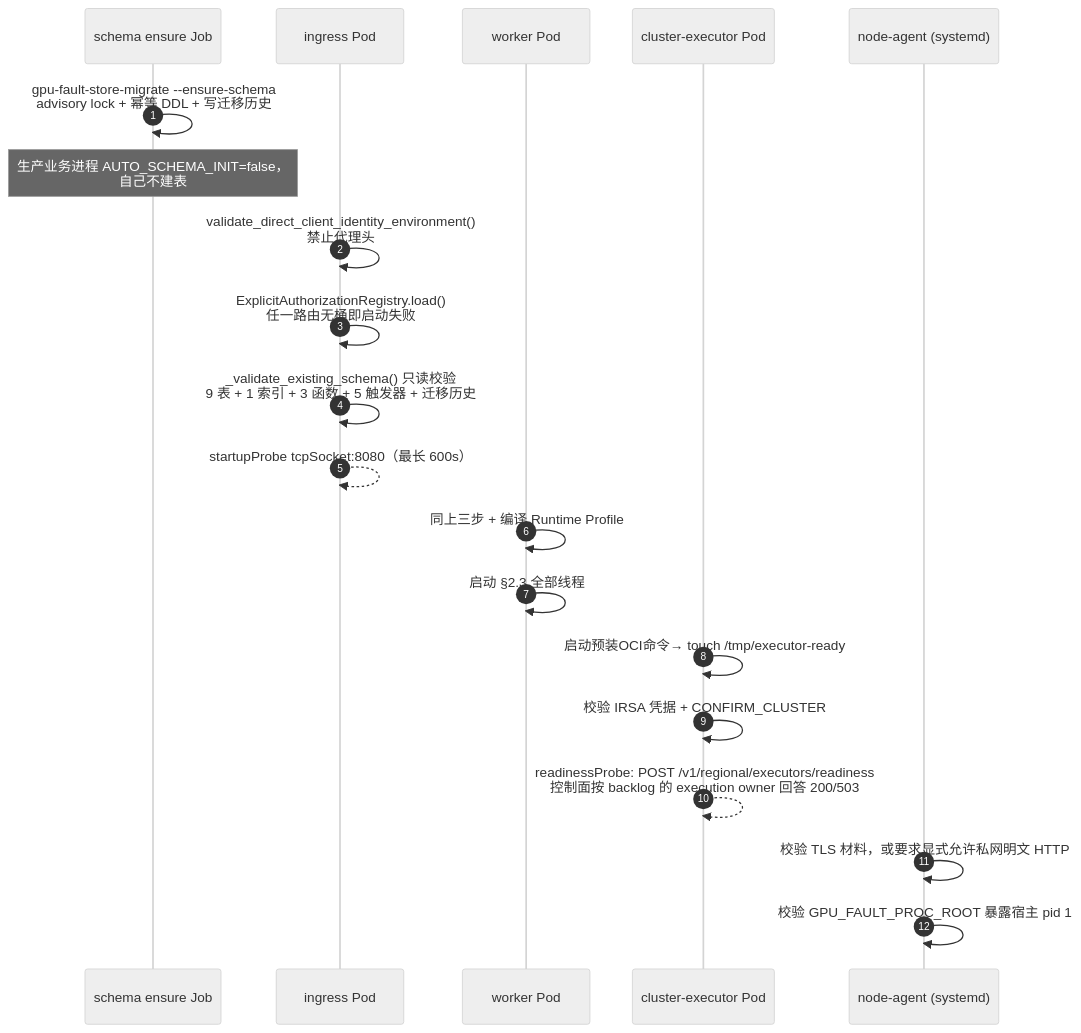
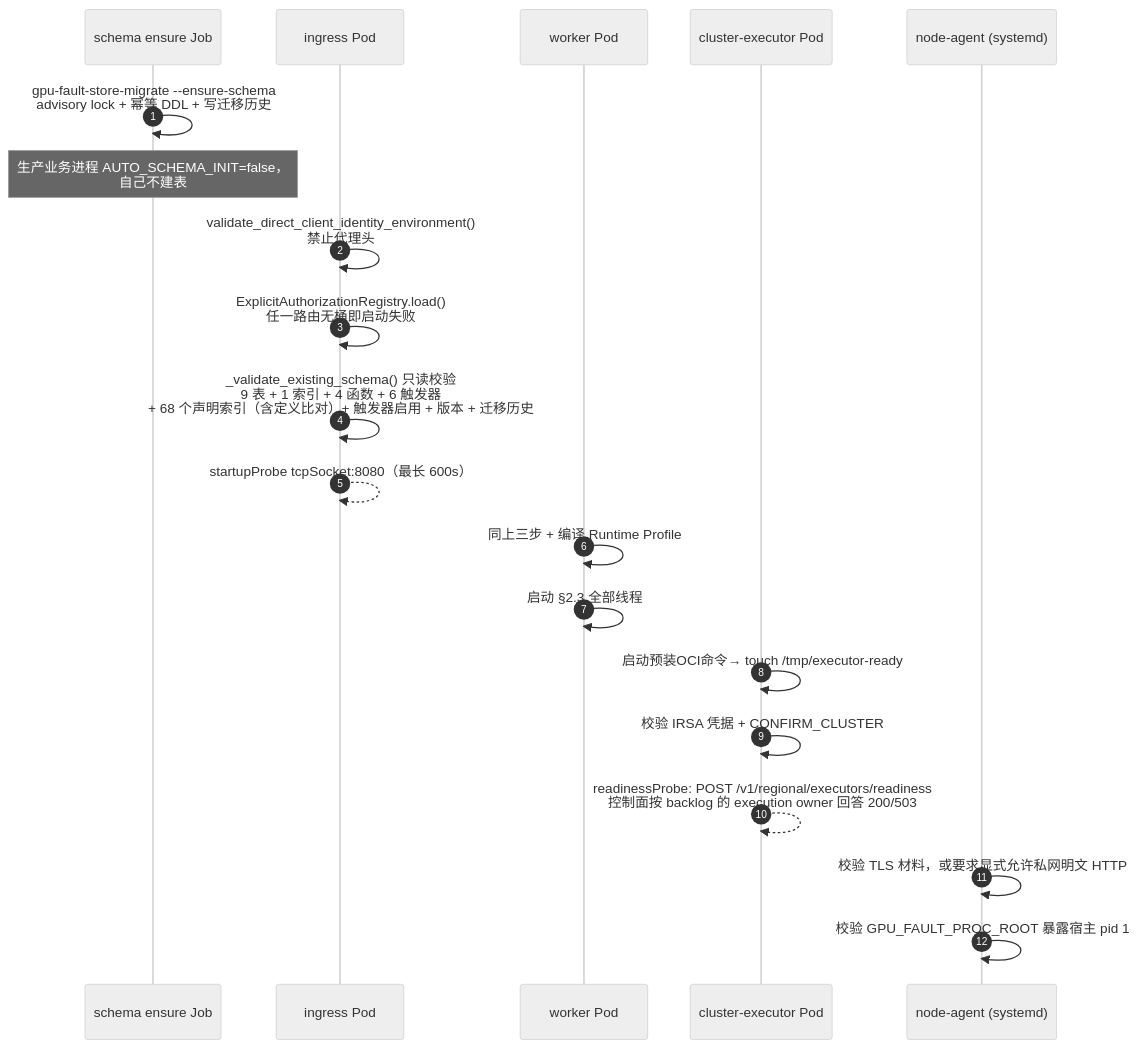
The first of 10 diagrams in docs/详细设计-v2.md (yuhuiaws/GPU-Fault-Recovery-System), drawn with Mermaid (neutral theme) before and after one commit. The commit also changed other lines of this file and 15 other files, not shown here.

````diff
--- a/docs/详细设计-v2.md
+++ b/docs/详细设计-v2.md
@@ -413,23 +438,23 @@
 ```mermaid
 sequenceDiagram
     autonumber
     participant Job as schema ensure Job
     participant Ing as ingress Pod
     participant Wk as worker Pod
     participant Exe as cluster-executor Pod
     participant Ag as node-agent (systemd)
 
     Job->>Job: gpu-fault-store-migrate --ensure-schema<br/>advisory lock + 幂等 DDL + 写迁移历史
     Note over Job: 生产业务进程 AUTO_SCHEMA_INIT=false，<br/>自己不建表
     Ing->>Ing: validate_direct_client_identity_environment()<br/>禁止代理头
     Ing->>Ing: ExplicitAuthorizationRegistry.load()<br/>任一路由无桶即启动失败
-    Ing->>Ing: _validate_existing_schema() 只读校验<br/>9 表 + 1 索引 + 3 函数 + 5 触发器 + 迁移历史
+    Ing->>Ing: _validate_existing_schema() 只读校验<br/>9 表 + 1 索引 + 4 函数 + 6 触发器<br/>+ 68 个声明索引（含定义比对）+ 触发器启用 + 版本 + 迁移历史
     Ing-->>Ing: startupProbe tcpSocket:8080（最长 600s）
     Wk->>Wk: 同上三步 + 编译 Runtime Profile
     Wk->>Wk: 启动 §2.3 全部线程
     Exe->>Exe: 启动预装OCI命令→ touch /tmp/executor-ready
     Exe->>Exe: 校验 IRSA 凭据 + CONFIRM_CLUSTER
     Exe-->>Exe: readinessProbe: POST /v1/regional/executors/readiness<br/>控制面按 backlog 的 execution owner 回答 200/503
     Ag->>Ag: 校验 TLS 材料，或要求显式允许私网明文 HTTP
     Ag->>Ag: 校验 GPU_FAULT_PROC_ROOT 暴露宿主 pid 1
 ```
````
